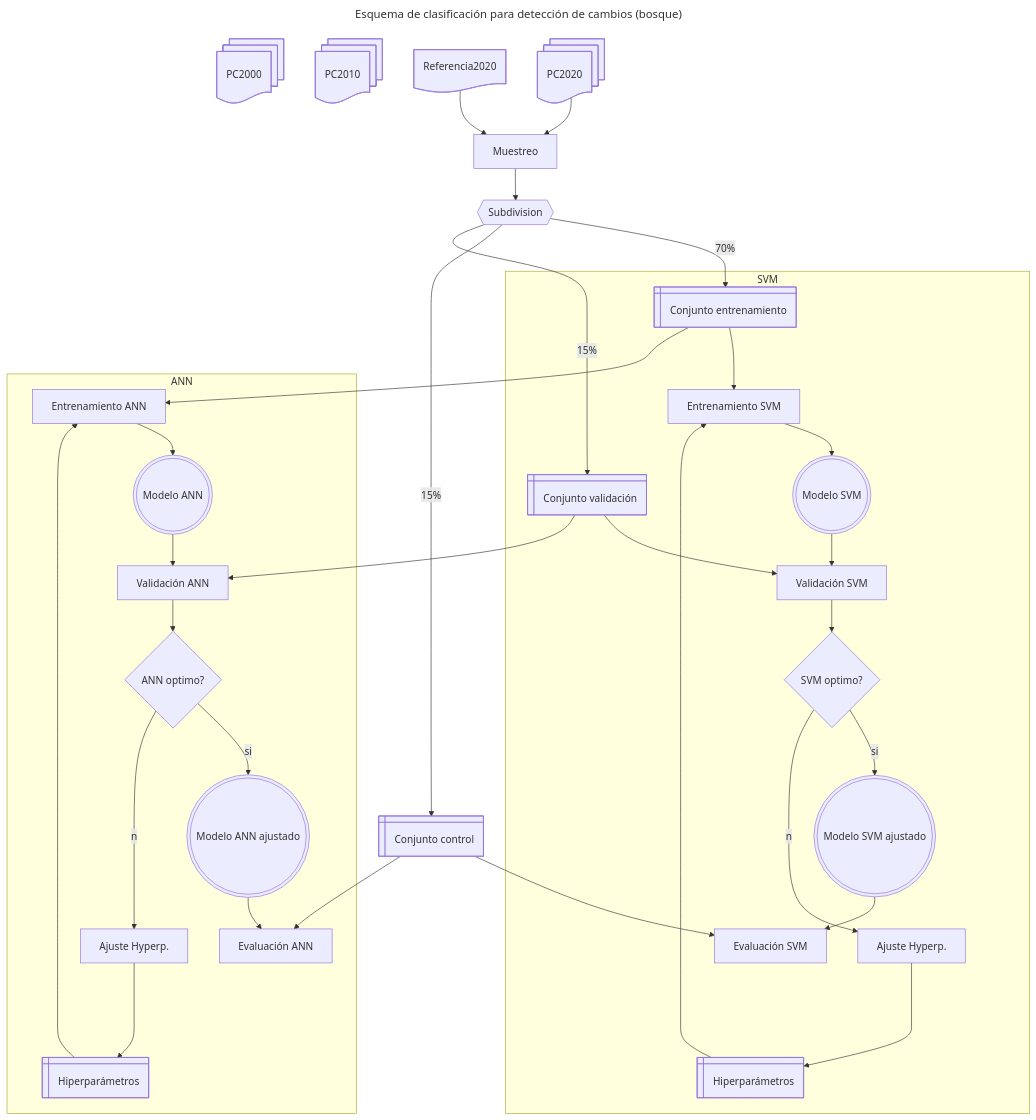
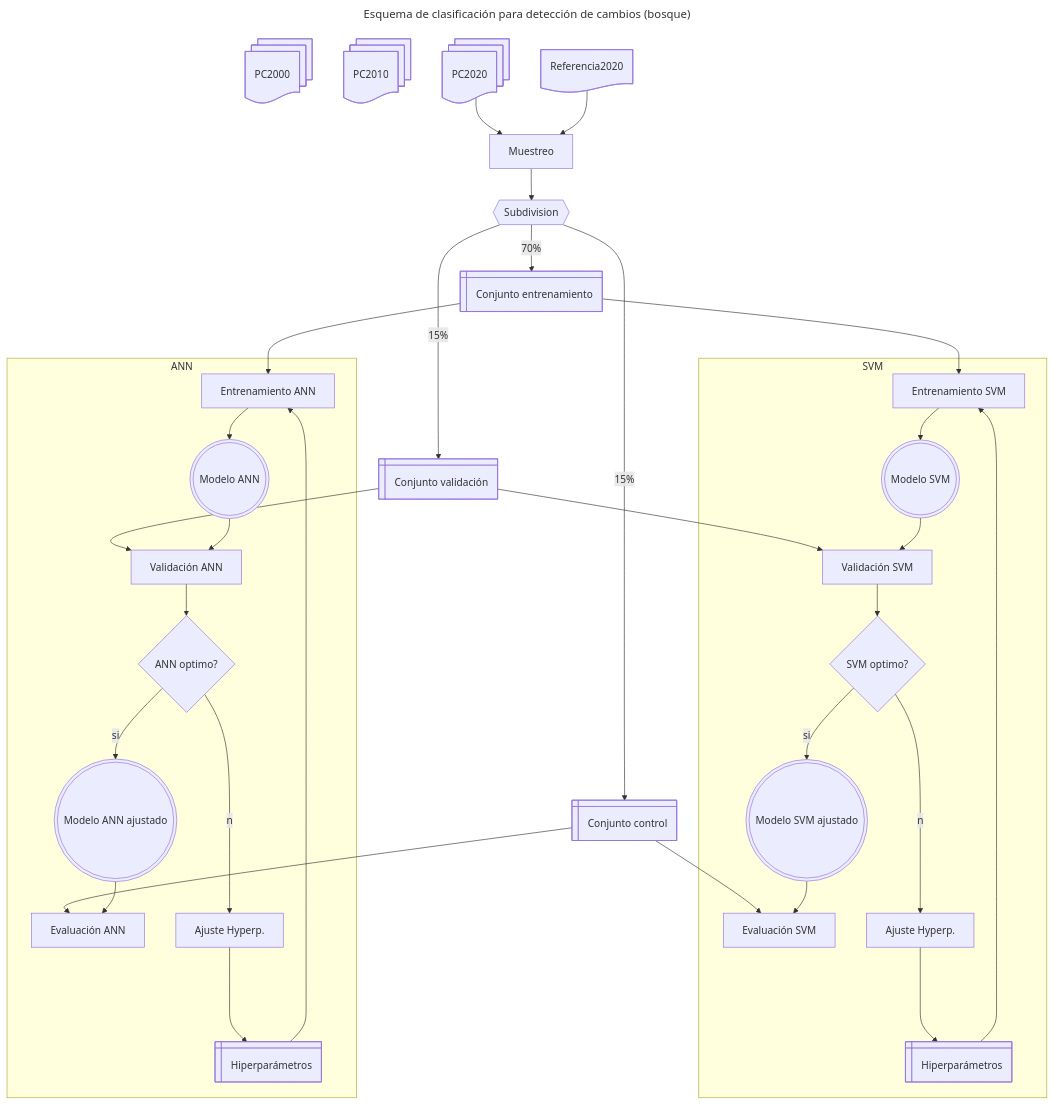
The diagram in ANPs/Esquema_clasificacion.mermaid (vshalisko/GEE), drawn with Mermaid before and after one commit.

```diff
--- a/ANPs/Esquema_clasificacion.mermaid
+++ b/ANPs/Esquema_clasificacion.mermaid
@@ -1,79 +1,66 @@
 ---
 title: Esquema de clasificación para detección de cambios (bosque)
 ---
 flowchart TD
     PC2000@{ shape: docs, label: PC2000}
     PC2010@{ shape: docs, label: PC2010}
     PC2020@{ shape: docs, label: PC2020}
     Ref2020@{ shape: doc, label: Referencia2020}
     Muestreo@{ shape: proc, label: Muestreo}
     Subset@{ shape: hex, label: Subdivision}
     Train2020@{ shape: win-pane, label: Conjunto entrenamiento}
     Test2020@{ shape: win-pane, label: Conjunto control}
     Valid2020@{ shape: win-pane, label: Conjunto validación}
 
     HyperparamSVM@{ shape: win-pane, label: Hiperparámetros}
     HyperparamANN@{ shape: win-pane, label: Hiperparámetros}
     TrainSVM@{ shape: proc, label: Entrenamiento SVM}
     TrainANN@{ shape: proc, label: Entrenamiento ANN}
     ModeloSVM@{ shape: double-circle, label: Modelo SVM}
     ModeloANN@{ shape: double-circle, label: Modelo ANN}
     ModeloSVMok@{ shape: double-circle, label: Modelo SVM ajustado}
     ModeloANNok@{ shape: double-circle, label: Modelo ANN ajustado}
     ValidSVM@{ shape: proc, label: Validación SVM}
     ValidANN@{ shape: proc, label: Validación ANN}
     OptimSVM@{ shape: diam, label: SVM optimo?}
     OptimANN@{ shape: diam, label: ANN optimo?}
     ControlSVM@{ shape: proc, label: Evaluación SVM}
     ControlANN@{ shape: proc, label: Evaluación ANN}
     AjusteHypSVM@{ shape: proc, label: Ajuste Hyperp.}
     AjusteHypANN@{ shape: proc, label: Ajuste Hyperp.}
 
     PC2020 --> Muestreo
     Ref2020 --> Muestreo
     Muestreo --> Subset
     Subset --70%--> Train2020
     Subset --15%--> Test2020
     Subset --15%--> Valid2020
 
-    
-    
+    Train2020 --> TrainSVM    
+    Train2020 --> TrainANN    
+    Valid2020 --> ValidSVM
+    Valid2020 --> ValidANN
+    Test2020 --> ControlSVM
+    Test2020 --> ControlANN
 
     subgraph SVM
         HyperparamSVM ----> TrainSVM
-        Train2020 --> TrainSVM
         TrainSVM --> ModeloSVM
         ModeloSVM --> ValidSVM
-        Valid2020 --> ValidSVM
         ValidSVM --> OptimSVM
         OptimSVM --si--> ModeloSVMok
         OptimSVM --no--> AjusteHypSVM
         AjusteHypSVM ----> HyperparamSVM
         ModeloSVMok --> ControlSVM
     end
 
     subgraph ANN
         HyperparamANN ----> TrainANN
-        Train2020 --> TrainANN
         TrainANN --> ModeloANN
         ModeloANN --> ValidANN
-        Valid2020 --> ValidANN
         ValidANN --> OptimANN
         OptimANN --si--> ModeloANNok
         OptimANN --no--> AjusteHypANN
         AjusteHypANN ----> HyperparamANN
         ModeloANNok --> ControlANN
     end
-
-    
-    
-    
-    
-    
-    
-
-    
-   
-    
-    Test2020 --> ControlSVM
-    Test2020 --> ControlANN
```
